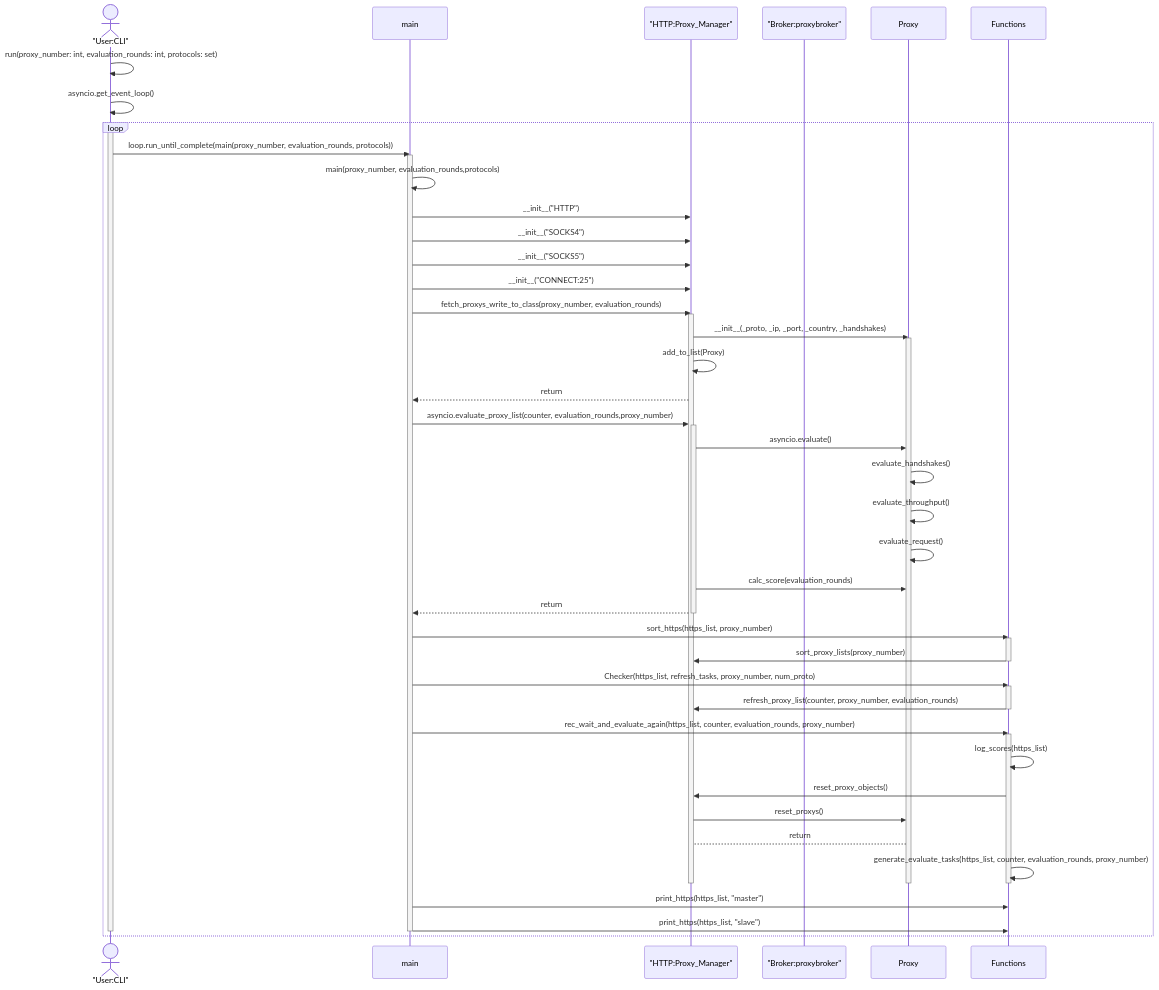
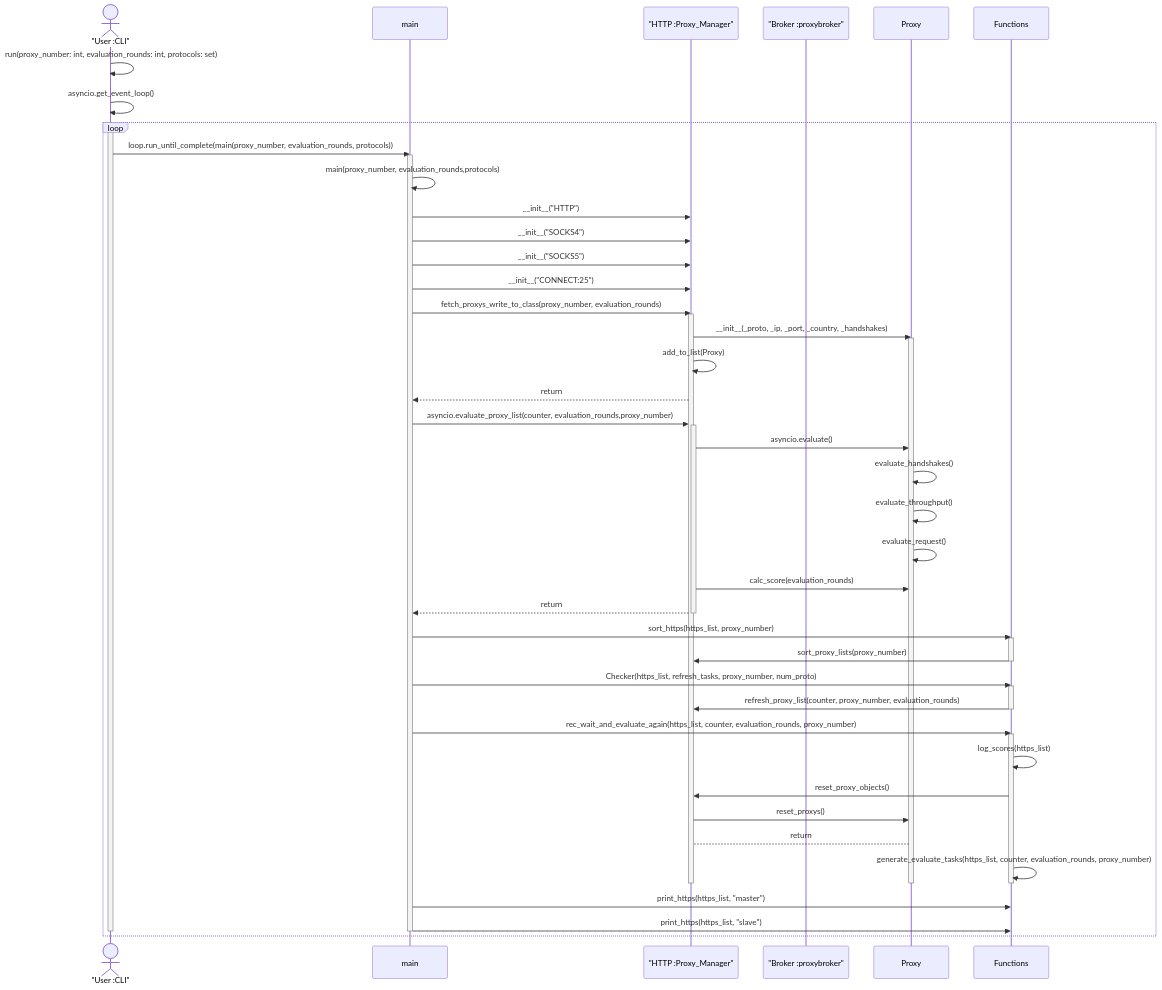
Before and after one commit to quintuscodes/Proxy-Reliability-using-Proxybroker2: the second of 2 diagrams in README.md, drawn with Mermaid.

Commit message:
README.md

````diff
--- a/README.md
+++ b/README.md
@@ -84,67 +84,67 @@
 ```mermaid 
 
 sequenceDiagram
-    actor CLI as "User:CLI"
+    actor CLI as "User :CLI"
     participant main
-    participant http as "HTTP:Proxy_Manager"
-    participant broker as "Broker:proxybroker"
+    participant http as "HTTP :Proxy_Manager"
+    participant broker as "Broker :proxybroker"
     participant Proxy
     participant Functions
 
     
     CLI->>CLI: run(proxy_number: int, evaluation_rounds: int, protocols: set)
     CLI->>CLI: asyncio.get_event_loop()
     loop
       activate CLI
       CLI->>main: loop.run_until_complete(main(proxy_number, evaluation_rounds, protocols))
       activate main
       main->>main: main(proxy_number, evaluation_rounds,protocols)
       
       main->>http: __init__("HTTP")
       main->>http: __init__("SOCKS4")
       main->>http: __init__("SOCKS5")
       main->>http: __init__("CONNECT:25")
       main->>http:fetch_proxys_write_to_class(proxy_number, evaluation_rounds)
       activate http
       http->>Proxy: __init__(_proto, _ip, _port, _country, _handshakes)
       activate Proxy
       http->>http: add_to_list(Proxy)
       http-->>main: return
       
 
       main->>http: asyncio.evaluate_proxy_list(counter, evaluation_rounds,proxy_number)
       activate http
       http->>Proxy: asyncio.evaluate()
       Proxy->>Proxy: evaluate_handshakes()
       Proxy->>Proxy: evaluate_throughput()
       Proxy->>Proxy: evaluate_request()
       http->>Proxy: calc_score(evaluation_rounds)
       http-->>main: return
       deactivate http
 
       main->>Functions: sort_https(https_list, proxy_number)
       activate Functions
       Functions->>http: sort_proxy_lists(proxy_number)
       deactivate Functions
 
       main->>Functions: Checker(https_list, refresh_tasks, proxy_number, num_proto)
       activate Functions
       Functions->>http: refresh_proxy_list(counter, proxy_number, evaluation_rounds)
       deactivate Functions
 
       main->>Functions: rec_wait_and_evaluate_again(https_list, counter, evaluation_rounds, proxy_number)
       activate Functions
       Functions->>Functions: log_scores(https_list)
       Functions->>http: reset_proxy_objects()
       http ->> Proxy: reset_proxys()
       Proxy--> http: return
       Functions->>Functions: generate_evaluate_tasks(https_list, counter, evaluation_rounds, proxy_number)
       deactivate Functions
       deactivate http
       deactivate Proxy
       main->>Functions: print_https(https_list, "master")
       main->>Functions: print_https(https_list, "slave")
       deactivate main
       deactivate CLI
     end
 ```
````
